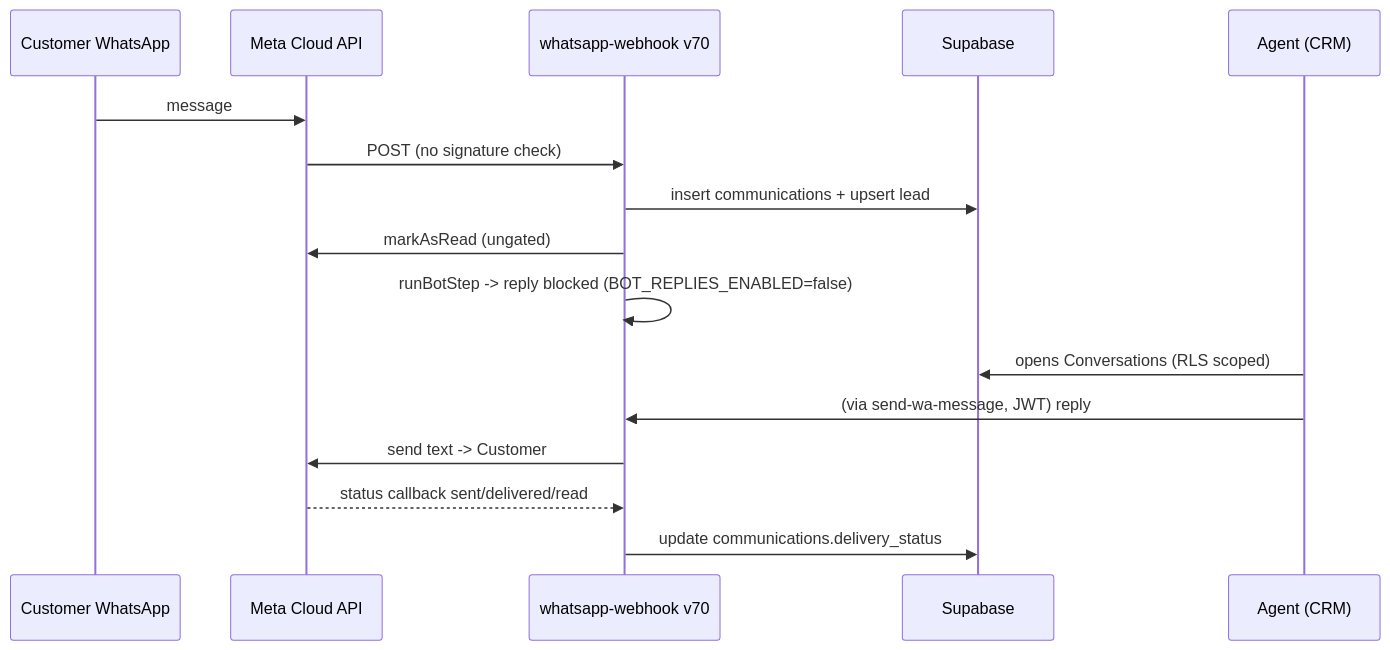
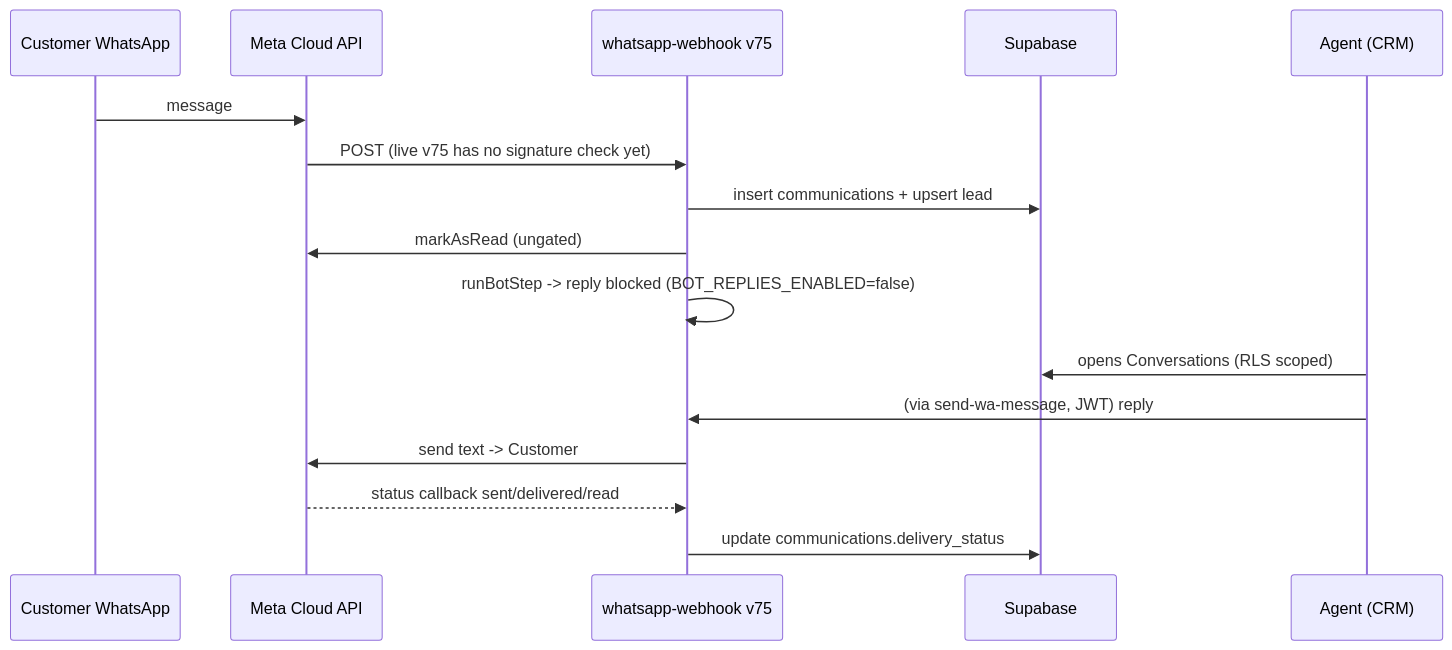
Before and after one commit to claritydigital786/badar-trader-crm: the second of 2 diagrams in PROJECT_BLUEPRINT.md, drawn with Mermaid. The commit also changed other lines of this file and 6 other files, not shown here.

````diff
--- a/PROJECT_BLUEPRINT.md
+++ b/PROJECT_BLUEPRINT.md
@@ -418,18 +422,18 @@
 ```mermaid
 sequenceDiagram
   participant C as Customer WhatsApp
   participant M as Meta Cloud API
-  participant W as whatsapp-webhook v70
+  participant W as whatsapp-webhook v75
   participant DB as Supabase
   participant A as Agent (CRM)
   C->>M: message
-  M->>W: POST (no signature check)
+  M->>W: POST (live v75 has no signature check yet)
   W->>DB: insert communications + upsert lead
   W->>M: markAsRead (ungated)
   W->>W: runBotStep -> reply blocked (BOT_REPLIES_ENABLED=false)
   A->>DB: opens Conversations (RLS scoped)
   A->>W: (via send-wa-message, JWT) reply
   W->>M: send text -> Customer
   M-->>W: status callback sent/delivered/read
   W->>DB: update communications.delivery_status
 ```
````
